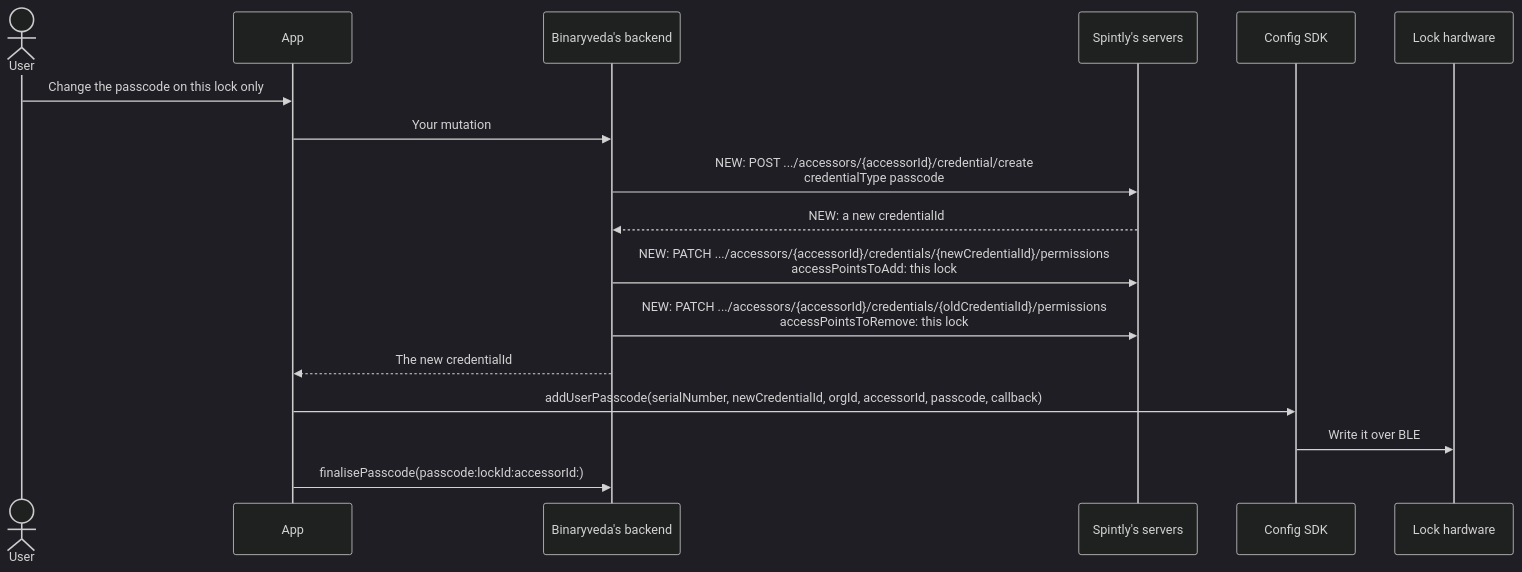
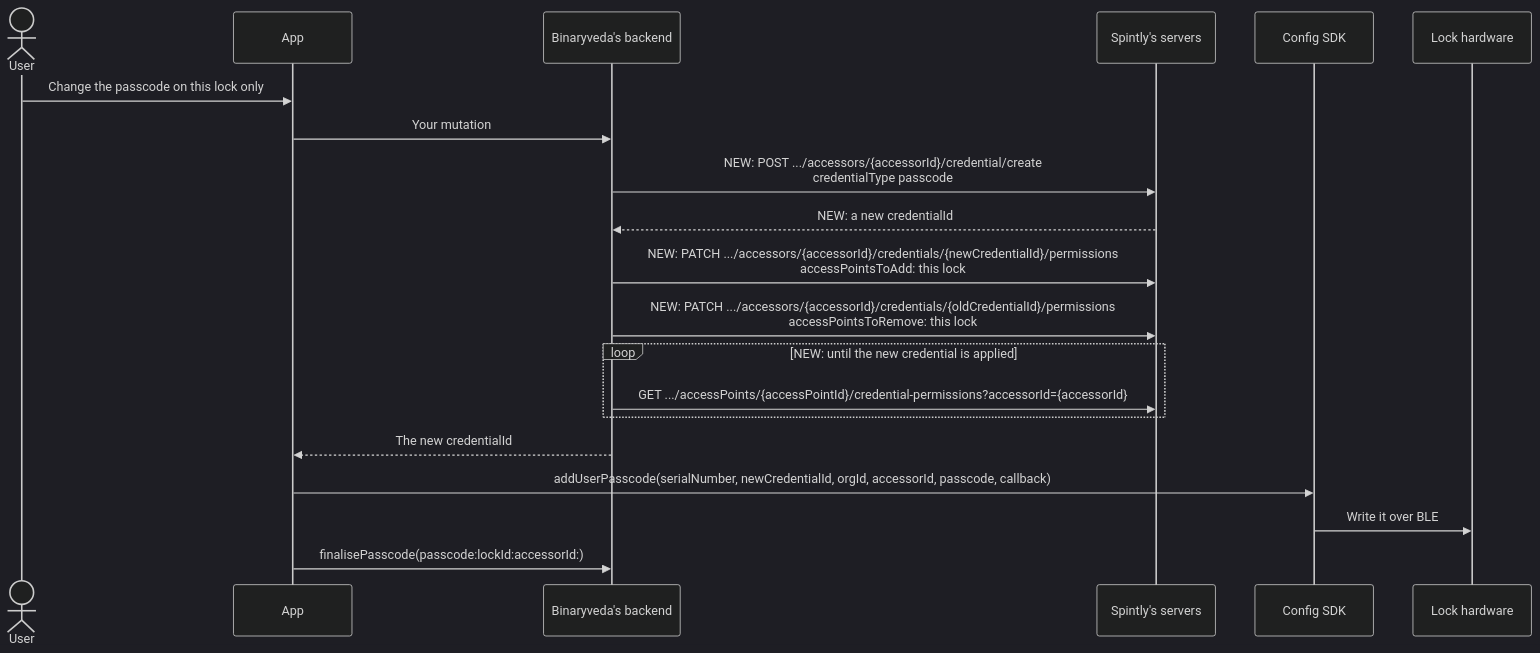
Before and after one commit to spintly-integrations-support/godrej-software-guide: the fourth of 14 diagrams in docs/lock-settings.md, drawn with Mermaid (dark theme). The commit also changed other lines of this file and 7 other files, not shown here.

````diff
--- a/docs/lock-settings.md
+++ b/docs/lock-settings.md
@@ -137,20 +137,23 @@
 ```mermaid
 sequenceDiagram
     actor U as User
     participant A as App
     participant B as Binaryveda's backend
     participant S as Spintly's servers
     participant C as Config SDK
     participant L as Lock hardware
 
     U->>A: Change the passcode on this lock only
     A->>B: Your mutation
     B->>S: NEW: POST .../accessors/{accessorId}/credential/create<br/>credentialType passcode
     S-->>B: NEW: a new credentialId
     B->>S: NEW: PATCH .../accessors/{accessorId}/credentials/{newCredentialId}/permissions<br/>accessPointsToAdd: this lock
     B->>S: NEW: PATCH .../accessors/{accessorId}/credentials/{oldCredentialId}/permissions<br/>accessPointsToRemove: this lock
+    loop NEW: until the new credential is applied
+        B->>S: GET .../accessPoints/{accessPointId}/credential-permissions?accessorId={accessorId}
+    end
     B-->>A: The new credentialId
     A->>C: addUserPasscode(serialNumber, newCredentialId, orgId, accessorId, passcode, callback)
     C->>L: Write it over BLE
     A->>B: finalisePasscode(passcode:lockId:accessorId:)
 ```
````
